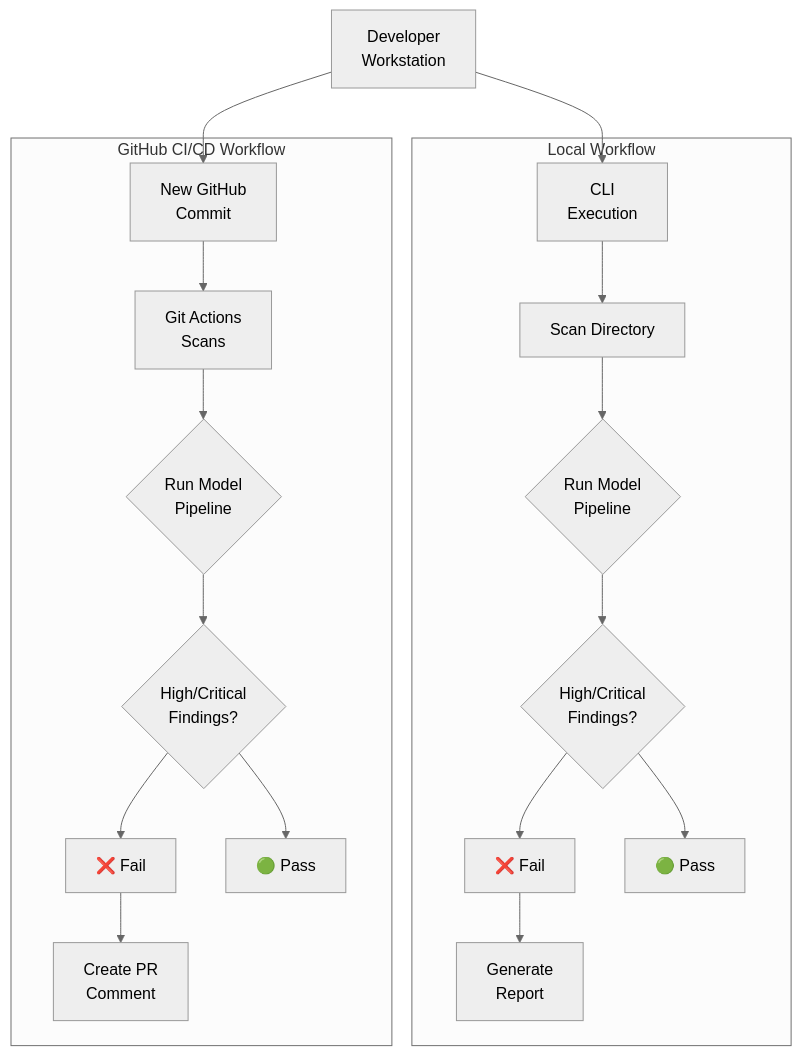
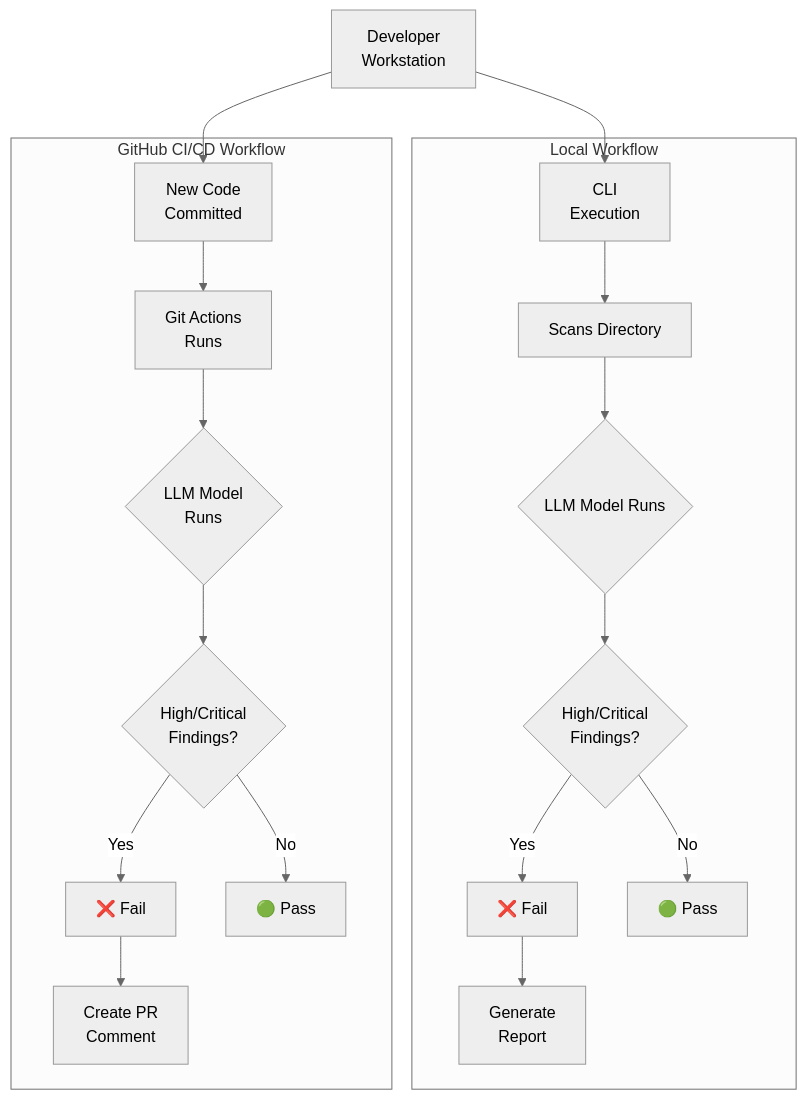
One commit to donaldlew/Ai-Scanner changed the diagram in README.md. Above: the diagram before and after it, drawn with Mermaid (neutral theme). The commit also changed 2 other files, not shown here.

Commit message:
v4 Updated README and added comments for model failure

````diff
--- a/README.md
+++ b/README.md
@@ -17,23 +17,23 @@
 ```mermaid
 graph TD
     Dev[Developer<br/>Workstation] --> Local[CLI<br/>Execution]
-    Dev --> GitHub["New GitHub<br/>Commit"]
+    Dev --> GitHub["New Code<br/>Committed"]
 
     subgraph "Local Workflow"
-        Local --> LocalCLI["Scan Directory"]
-        LocalCLI --> RunLocalLLM{"Run Model<br/>Pipeline"}
+        Local --> LocalCLI["Scans Directory"]
+        LocalCLI --> RunLocalLLM{"LLM Model Runs"}
         RunLocalLLM --> LocalGate{"High/Critical<br/>Findings?"}
-        LocalGate --> LocalFail["❌ Fail"]
-        LocalGate --> LocalPass["🟢 Pass"]
+        LocalGate -- Yes --> LocalFail["❌ Fail"]
+        LocalGate -- No --> LocalPass["🟢 Pass"]
         LocalFail --> LocalReport["Generate<br/>Report"]
     end
 
     subgraph "GitHub CI/CD Workflow"
-        GitHub --> GHA["Git Actions<br/>Scans"]
-        GHA --> RunGitLLM{"Run Model<br/>Pipeline"}
+        GitHub --> GHA["Git Actions<br/>Runs"]
+        GHA --> RunGitLLM{"LLM Model<br/>Runs"}
         RunGitLLM --> GHAGate{"High/Critical<br/>Findings?"}
-        GHAGate --> Fail["❌ Fail"]
-        GHAGate --> Pass["🟢 Pass"]
+        GHAGate -- Yes --> Fail["❌ Fail"]
+        GHAGate -- No --> Pass["🟢 Pass"]
         Fail --> Comment["Create PR<br/>Comment"]
     end
 ```
````
